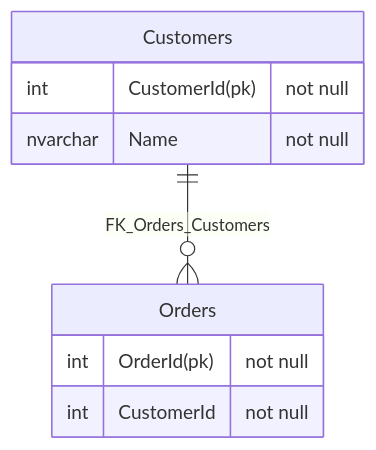
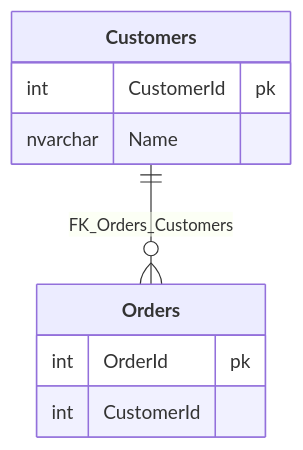
The second of 2 diagrams in readme.md (SimonCropp/DbToMermaid), drawn with Mermaid before and after one commit. The commit also changed other lines of this file and 41 other files, not shown here.

````diff
--- a/readme.md
+++ b/readme.md
@@ -325,12 +339,12 @@
 ```mermaid
 erDiagram
-  Customers {
-    int CustomerId(pk) "not null"
-    nvarchar Name "not null"
+  Customers["**Customers**"] {
+    int CustomerId pk
+    nvarchar Name
   }
-  Orders {
-    int OrderId(pk) "not null"
-    int CustomerId "not null"
+  Orders["**Orders**"] {
+    int OrderId pk
+    int CustomerId
   }
   Customers ||--o{ Orders : "FK_Orders_Customers"
 ```
````
